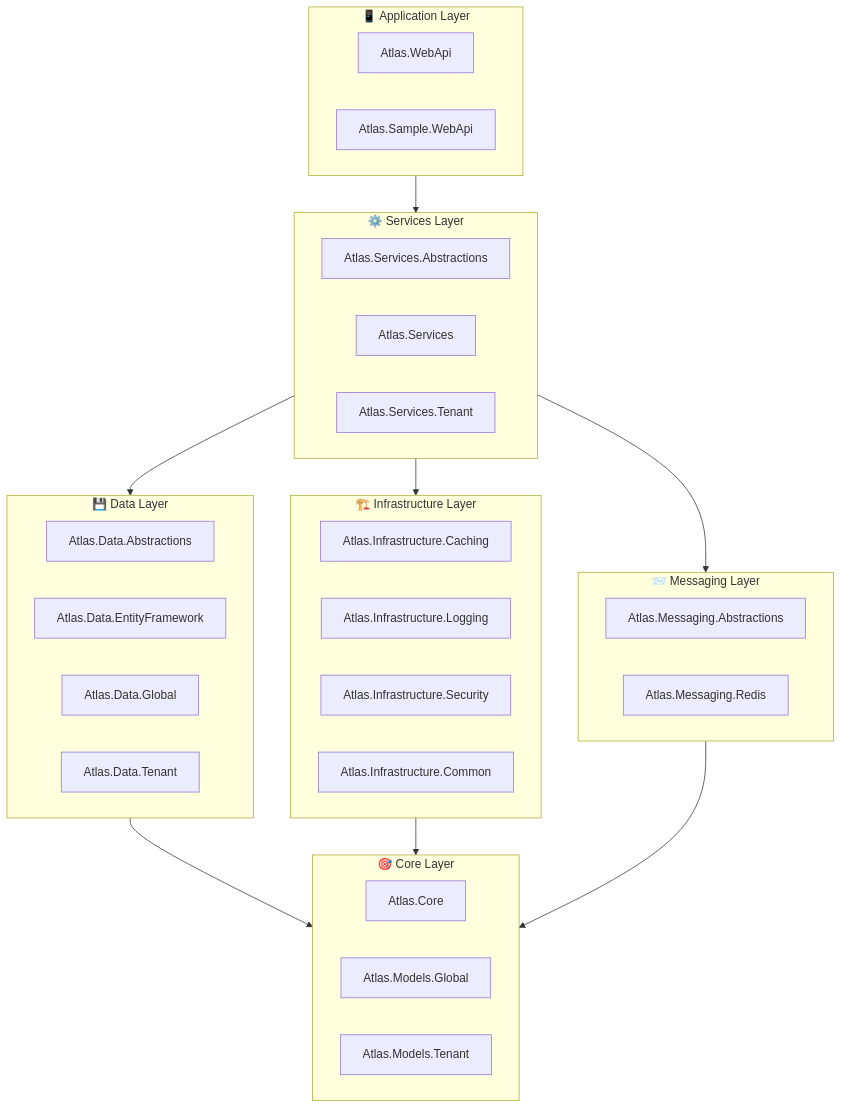
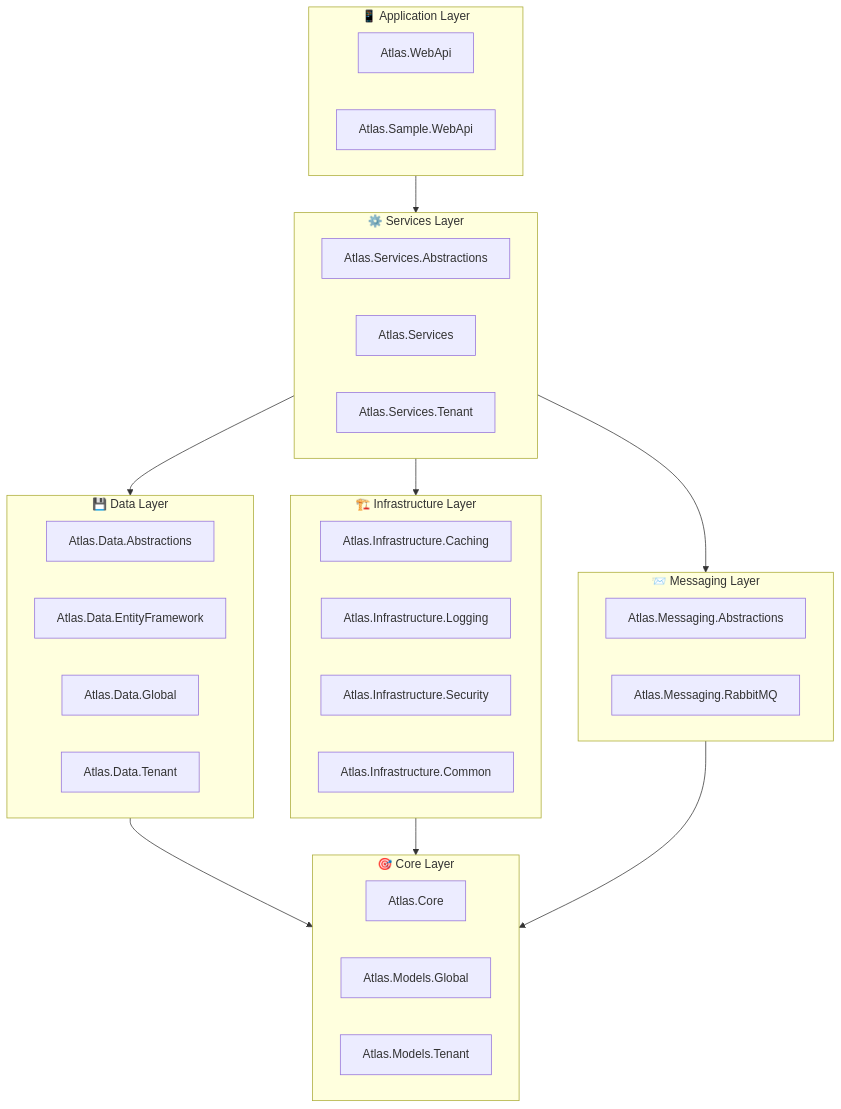
Before and after one commit to yangxing5200/Atlas: the diagram in README.md, drawn with Mermaid. The commit also changed other lines of this file and 41 other files, not shown here.

````diff
--- a/README.md
+++ b/README.md
@@ -101,46 +102,46 @@
 ```mermaid
 graph TB
     subgraph Application["📱 Application Layer"]
         WebApi["Atlas.WebApi"]
         Sample["Atlas.Sample.WebApi"]
     end
     
     subgraph Services["⚙️ Services Layer"]
         ServicesAbs["Atlas.Services.Abstractions"]
         ServicesImpl["Atlas.Services"]
         ServicesTenant["Atlas.Services.Tenant"]
     end
     
     subgraph Data["💾 Data Layer"]
         DataAbs["Atlas.Data.Abstractions"]
         DataEF["Atlas.Data.EntityFramework"]
         DataGlobal["Atlas.Data.Global"]
         DataTenant["Atlas.Data.Tenant"]
     end
     
     subgraph Infrastructure["🏗️ Infrastructure Layer"]
         Caching["Atlas.Infrastructure.Caching"]
         Logging["Atlas.Infrastructure.Logging"]
         Security["Atlas.Infrastructure.Security"]
         Common["Atlas.Infrastructure.Common"]
     end
     
     subgraph Messaging["📨 Messaging Layer"]
         MsgAbs["Atlas.Messaging.Abstractions"]
-        MsgRedis["Atlas.Messaging.Redis"]
+        MsgRabbit["Atlas.Messaging.RabbitMQ"]
     end
     
     subgraph Core["🎯 Core Layer"]
         AtlasCore["Atlas.Core"]
         ModelsGlobal["Atlas.Models.Global"]
         ModelsTenant["Atlas.Models.Tenant"]
     end
     
     Application --> Services
     Services --> Data
     Services --> Infrastructure
     Services --> Messaging
     Data --> Core
     Infrastructure --> Core
     Messaging --> Core
 ```
````
